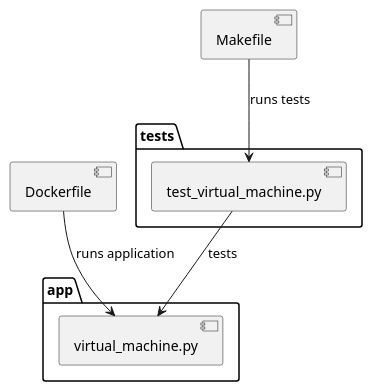
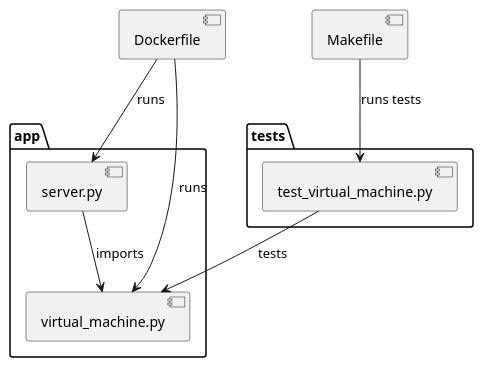
Before and after one commit to JonathanBeals/OOP-Final-Project: the diagram in uml/development-view.plantuml, drawn with PlantUML. The commit also changed 9 other files, not shown here.

Commit message:
Add 4+1 UML diagrams

```diff
--- a/uml/development-view.plantuml
+++ b/uml/development-view.plantuml
@@ -1,18 +1,23 @@
 @startuml development_view
 
 package "app" {
+    component "server.py" as ServerFile
     component "virtual_machine.py" as VMFile
 }
 
 package "tests" {
     component "test_virtual_machine.py" as VMTests
 }
 
 component "Dockerfile" as Docker
 component "Makefile" as Make
 
+ServerFile --> VMFile : imports
 VMTests --> VMFile : tests
-Docker --> VMFile : runs application
+
+Docker --> ServerFile : runs
+Docker --> VMFile : runs
+
 Make --> VMTests : runs tests
 
 @enduml
```
